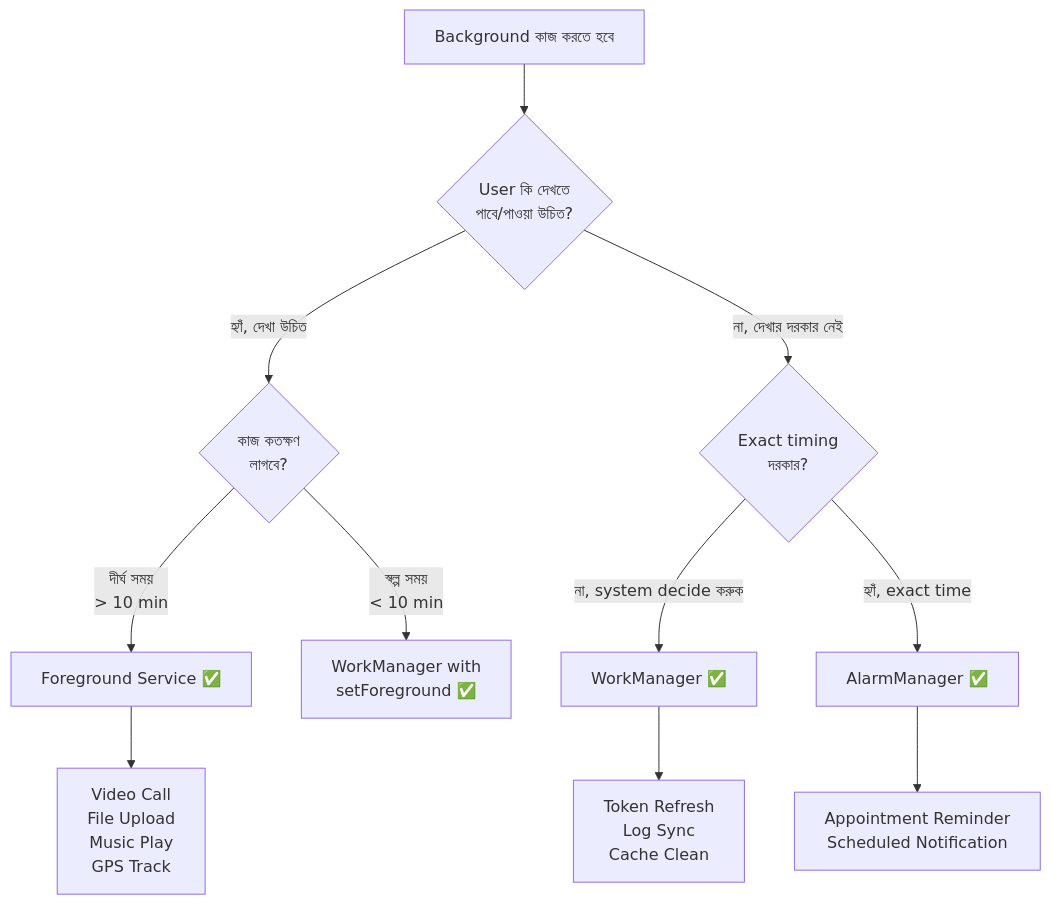
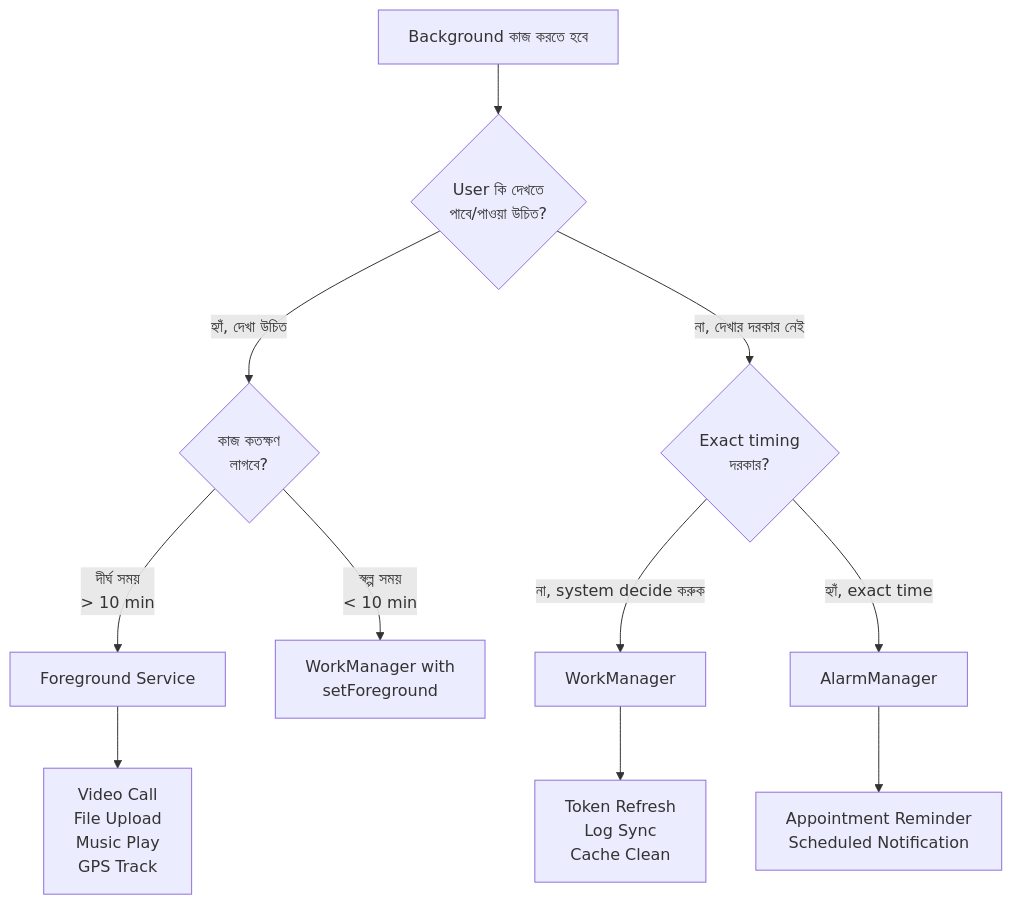
The fourth of 10 diagrams in flutter/notification_background_guide.md (yousufCse/engineer-codex), drawn with Mermaid before and after one commit. The commit also changed other lines of this file and 8 other files, not shown here.

````diff
--- a/flutter/notification_background_guide.md
+++ b/flutter/notification_background_guide.md
@@ -858,16 +858,16 @@
 ```mermaid
 flowchart TD
     A[Background কাজ করতে হবে] --> B{User কি দেখতে\nপাবে/পাওয়া উচিত?}
     B -->|হ্যাঁ, দেখা উচিত| C{কাজ কতক্ষণ\nলাগবে?}
     B -->|না, দেখার দরকার নেই| D{Exact timing\nদরকার?}
     
-    C -->|দীর্ঘ সময়\n> 10 min| E[Foreground Service ✅]
-    C -->|স্বল্প সময়\n< 10 min| F[WorkManager with\nsetForeground ✅]
+    C -->|দীর্ঘ সময়\n> 10 min| E[Foreground Service ]
+    C -->|স্বল্প সময়\n< 10 min| F[WorkManager with\nsetForeground ]
     
-    D -->|না, system decide করুক| G[WorkManager ✅]
-    D -->|হ্যাঁ, exact time| H[AlarmManager ✅]
+    D -->|না, system decide করুক| G[WorkManager ]
+    D -->|হ্যাঁ, exact time| H[AlarmManager ]
     
     E --> I[Video Call\nFile Upload\nMusic Play\nGPS Track]
     G --> J[Token Refresh\nLog Sync\nCache Clean]
     H --> K[Appointment Reminder\nScheduled Notification]
 ```
````
